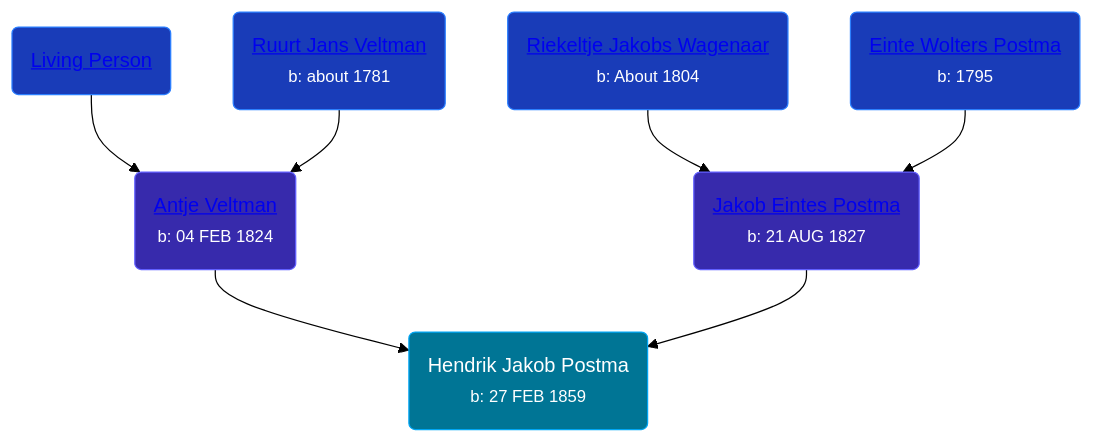
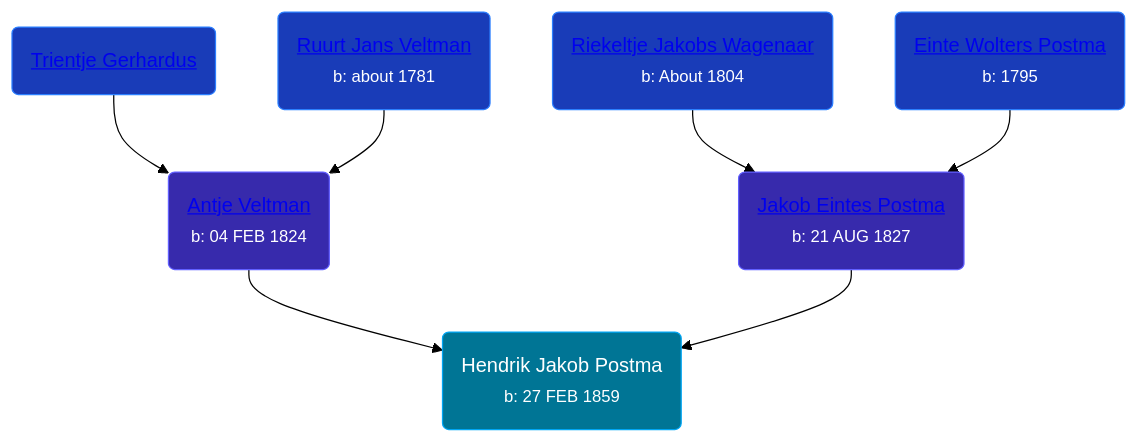
The diagram in pages/people/3/31727152.md (wpmgotkh/wpmgotkh.github.io), drawn with Mermaid (forest theme) before and after one commit. The commit also changed 586 other files, not shown here.

Commit message:
feat: better shouldConsiderPersonLiving algo

````diff
--- a/pages/people/3/31727152.md
+++ b/pages/people/3/31727152.md
@@ -11,13 +11,13 @@
 ```mermaid
 graph
 classDef grands fill:#193cb8,stroke:#2b7fff,stroke-width:1px,color:#fff;
 classDef parents fill:#372aac,stroke:#615fff,stroke-width:1px,color:#fff;
 classDef primary fill:#007595,stroke:#00a6f4,stroke-width:1px,color:#fff;
 31727152(Hendrik Jakob Postma<br /><small>b: 27 FEB 1859</small>):::primary
 90951593(<a class="text-white" href="/people/9/90951593">Antje Veltman</a><br /><small>b: 04 FEB 1824</small>):::parents-->31727152
-5258118(<a class="text-white" href="/people/5/5258118">Living Person</a>):::grands-->90951593
+5258118(<a class="text-white" href="/people/5/5258118">Trientje Gerhardus</a>):::grands-->90951593
 53462276(<a class="text-white" href="/people/5/53462276">Ruurt Jans Veltman</a><br /><small>b: about 1781</small>):::grands-->90951593
 46630400(<a class="text-white" href="/people/4/46630400">Jakob Eintes Postma</a><br /><small>b: 21 AUG 1827</small>):::parents-->31727152
 77820694(<a class="text-white" href="/people/7/77820694">Riekeltje Jakobs Wagenaar</a><br /><small>b: About 1804</small>):::grands-->46630400
 18880768(<a class="text-white" href="/people/1/18880768">Einte Wolters Postma</a><br /><small>b: 1795</small>):::grands-->46630400
 ```
````
